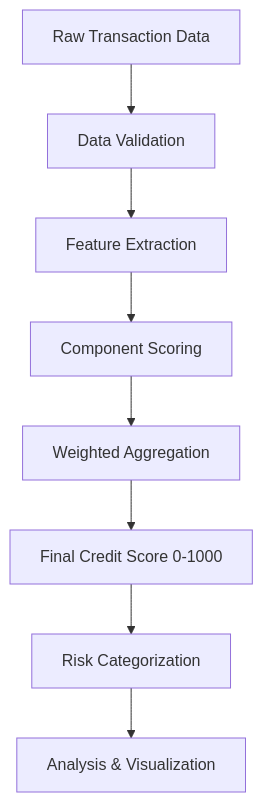
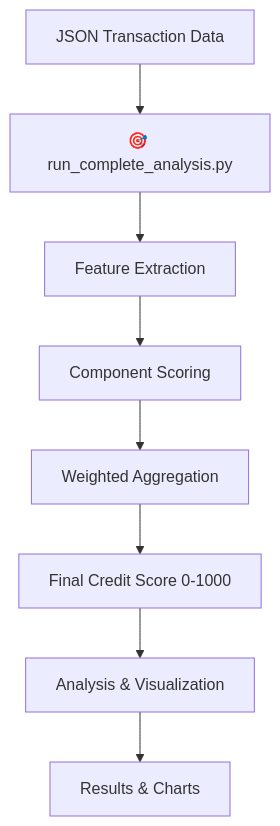
Before and after one commit to shyamkaarthikeyan/Zeru-Task-Submission: the diagram in README.md, drawn with Mermaid. The commit also changed other lines of this file and 4 other files, not shown here.

````diff
--- a/README.md
+++ b/README.md
@@ -52,10 +100,10 @@
 ```mermaid
 graph TD
-    A[Raw Transaction Data] --> B[Data Validation]
+    A[JSON Transaction Data] --> B[🎯 run_complete_analysis.py]
     B --> C[Feature Extraction]
     C --> D[Component Scoring]
     D --> E[Weighted Aggregation]
     E --> F[Final Credit Score 0-1000]
-    F --> G[Risk Categorization]
-    G --> H[Analysis & Visualization]
+    F --> G[Analysis & Visualization]
+    G --> H[Results & Charts]
 ```
````
